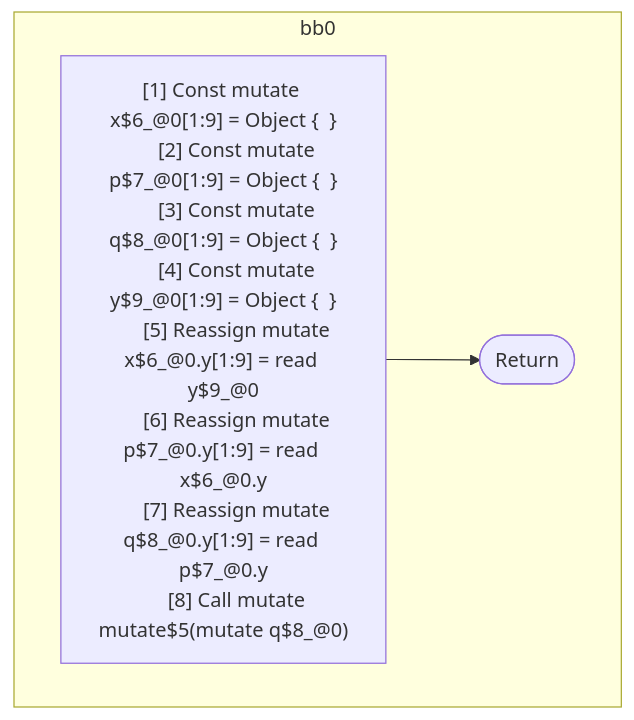
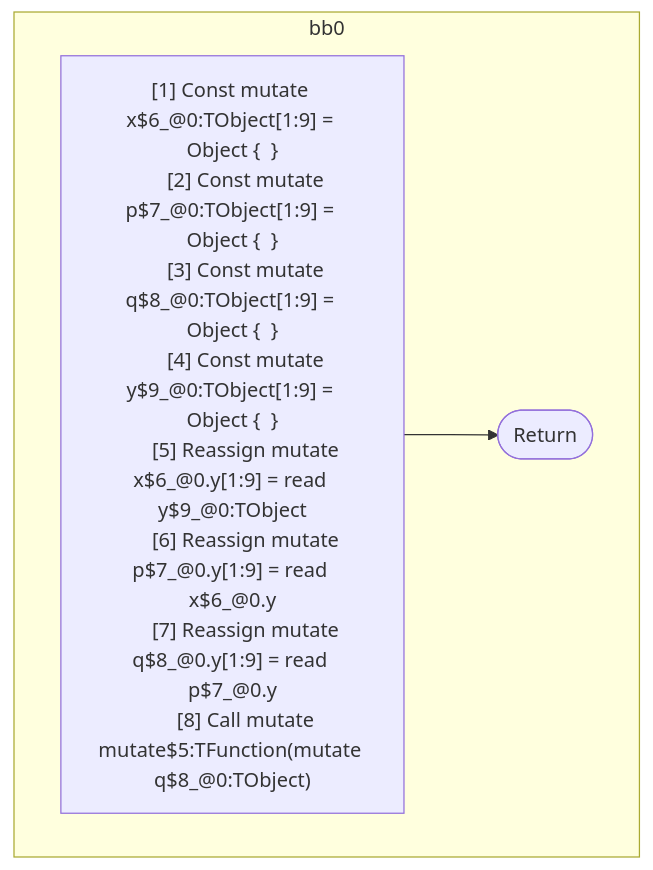
The diagram in compiler/forget/src/__tests__/fixtures/hir/transitive-alias-fields.expect.md (wutsmog/private), drawn with Mermaid before and after one commit. The commit also changed other lines of this file and 112 other files, not shown here.

````diff
--- a/compiler/forget/src/__tests__/fixtures/hir/transitive-alias-fields.expect.md
+++ b/compiler/forget/src/__tests__/fixtures/hir/transitive-alias-fields.expect.md
@@ -58,20 +58,20 @@
 ```mermaid
 flowchart TB
   %% Basic Blocks
   subgraph bb0
     bb0_instrs["
-      [1] Const mutate x$6_@0[1:9] = Object {  }
-      [2] Const mutate p$7_@0[1:9] = Object {  }
-      [3] Const mutate q$8_@0[1:9] = Object {  }
-      [4] Const mutate y$9_@0[1:9] = Object {  }
-      [5] Reassign mutate x$6_@0.y[1:9] = read y$9_@0
+      [1] Const mutate x$6_@0:TObject[1:9] = Object {  }
+      [2] Const mutate p$7_@0:TObject[1:9] = Object {  }
+      [3] Const mutate q$8_@0:TObject[1:9] = Object {  }
+      [4] Const mutate y$9_@0:TObject[1:9] = Object {  }
+      [5] Reassign mutate x$6_@0.y[1:9] = read y$9_@0:TObject
       [6] Reassign mutate p$7_@0.y[1:9] = read x$6_@0.y
       [7] Reassign mutate q$8_@0.y[1:9] = read p$7_@0.y
-      [8] Call mutate mutate$5(mutate q$8_@0)
+      [8] Call mutate mutate$5:TFunction(mutate q$8_@0:TObject)
     "]
     bb0_instrs --> bb0_terminal(["Return"])
   end
 
   %% Jumps
   %% empty
 ```
````
